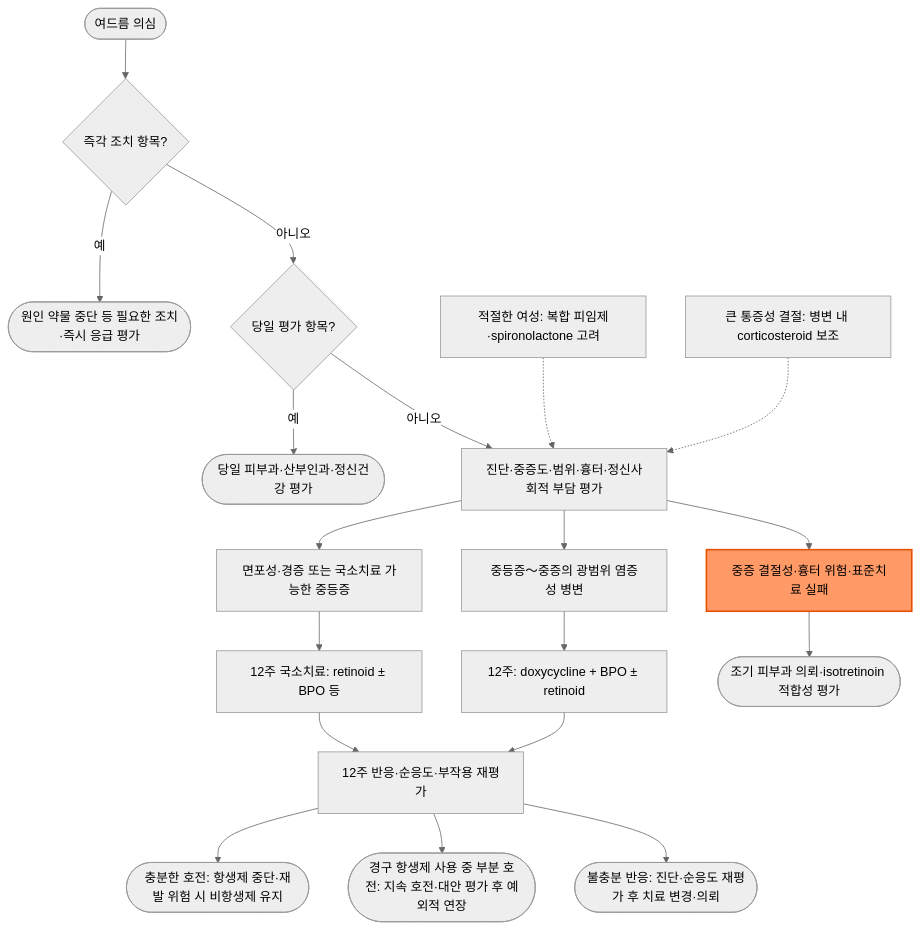
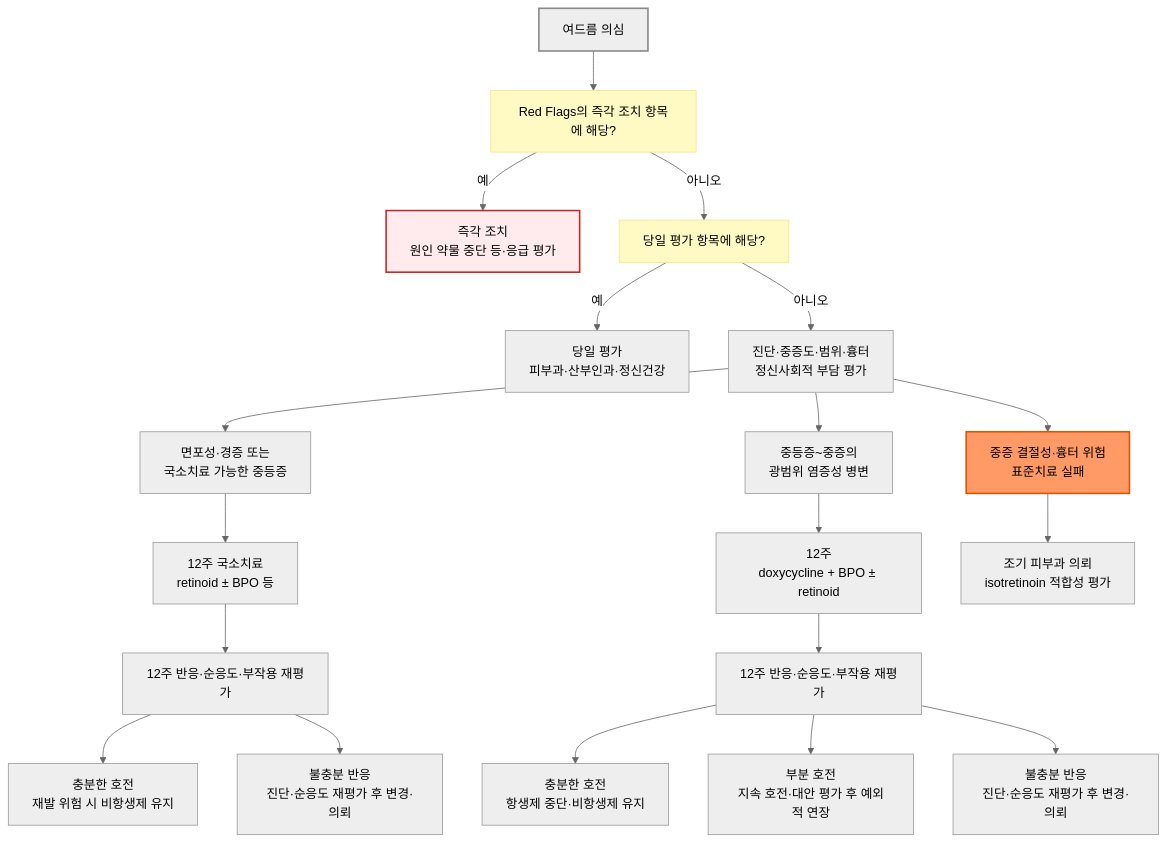
One commit to familyoh77/familyoh77 changed the diagram in 229_/178_-acne-vulgaris.md. Above: the diagram before and after it, drawn with Mermaid (neutral theme). The commit also changed other lines of this file and 9 other files, not shown here.

````diff
--- a/229_/178_-acne-vulgaris.md
+++ b/229_/178_-acne-vulgaris.md
@@ -122,22 +122,27 @@
 ```mermaid
 flowchart TD
-    S(["여드름 의심"]) --> R{"즉각 조치 항목?"}
-    R -->|예| U(["원인 약물 중단 등 필요한 조치·즉시 응급 평가"])
-    R -->|아니오| Q{"당일 평가 항목?"}
-    Q -->|예| V(["당일 피부과·산부인과·정신건강 평가"])
-    Q -->|아니오| A["진단·중증도·범위·흉터·정신사회적 부담 평가"]
-    A --> B["면포성·경증 또는 국소치료 가능한 중등증"]
-    A --> C["중등증～중증의 광범위 염증성 병변"]
-    A --> D["중증 결절성·흉터 위험·표준치료 실패"]
-    B --> E["12주 국소치료: retinoid ± BPO 등"]
-    C --> F["12주: doxycycline + BPO ± retinoid"]
-    D --> H(["조기 피부과 의뢰·isotretinoin 적합성 평가"])
-    E --> I["12주 반응·순응도·부작용 재평가"]
-    F --> I
-    I --> J(["충분한 호전: 항생제 중단·재발 위험 시 비항생제 유지"])
-    I --> K(["경구 항생제 사용 중 부분 호전: 지속 호전·대안 평가 후 예외적 연장"])
-    I --> L(["불충분 반응: 진단·순응도 재평가 후 치료 변경·의뢰"])
-    G["적절한 여성: 복합 피임제·spironolactone 고려"] -.-> A
-    M["큰 통증성 결절: 병변 내 corticosteroid 보조"] -.-> A
+    S["여드름 의심"] --> R["Red Flags의 즉각 조치 항목에 해당?"]
+    R -->|"예"| U["즉각 조치<br/>원인 약물 중단 등·응급 평가"]
+    R -->|"아니오"| Q["당일 평가 항목에 해당?"]
+    Q -->|"예"| V["당일 평가<br/>피부과·산부인과·정신건강"]
+    Q -->|"아니오"| A["진단·중증도·범위·흉터<br/>정신사회적 부담 평가"]
+    A --> B["면포성·경증 또는<br/>국소치료 가능한 중등증"]
+    A --> C["중등증~중증의<br/>광범위 염증성 병변"]
+    A --> D["중증 결절성·흉터 위험<br/>표준치료 실패"]
+    B --> E["12주 국소치료<br/>retinoid ± BPO 등"]
+    C --> F["12주<br/>doxycycline + BPO ± retinoid"]
+    D --> H["조기 피부과 의뢰<br/>isotretinoin 적합성 평가"]
+    E --> I1["12주 반응·순응도·부작용 재평가"]
+    I1 --> J1["충분한 호전<br/>재발 위험 시 비항생제 유지"]
+    I1 --> L1["불충분 반응<br/>진단·순응도 재평가 후 변경·의뢰"]
+    F --> I2["12주 반응·순응도·부작용 재평가"]
+    I2 --> J2["충분한 호전<br/>항생제 중단·비항생제 유지"]
+    I2 --> K["부분 호전<br/>지속 호전·대안 평가 후 예외적 연장"]
+    I2 --> L2["불충분 반응<br/>진단·순응도 재평가 후 변경·의뢰"]
+
+    classDef question fill:#fff9c4,stroke:#ffe082
+    class R,Q question
+    style S fill:#eeeeee,stroke:#888888,stroke-width:2px
+    style U fill:#ffebee,stroke:#c62828,stroke-width:2px
     style D fill:#f96,stroke:#e65100,stroke-width:2px
 ```
````
